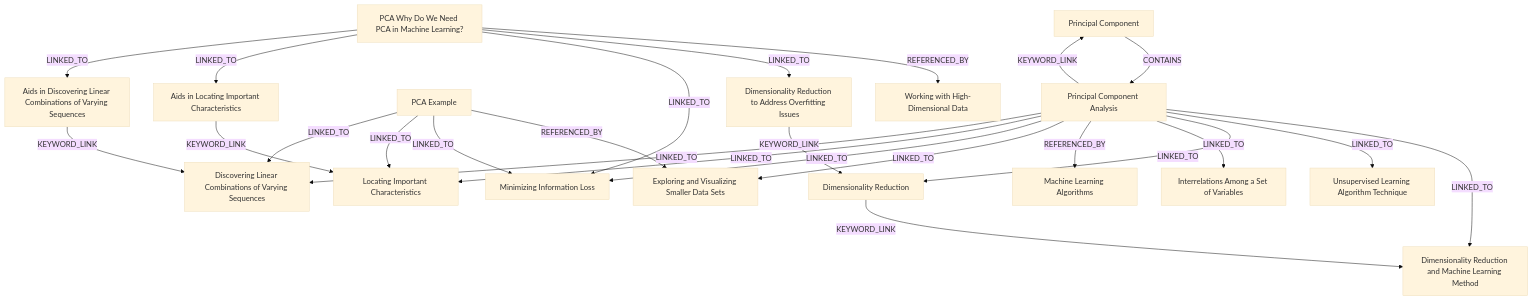
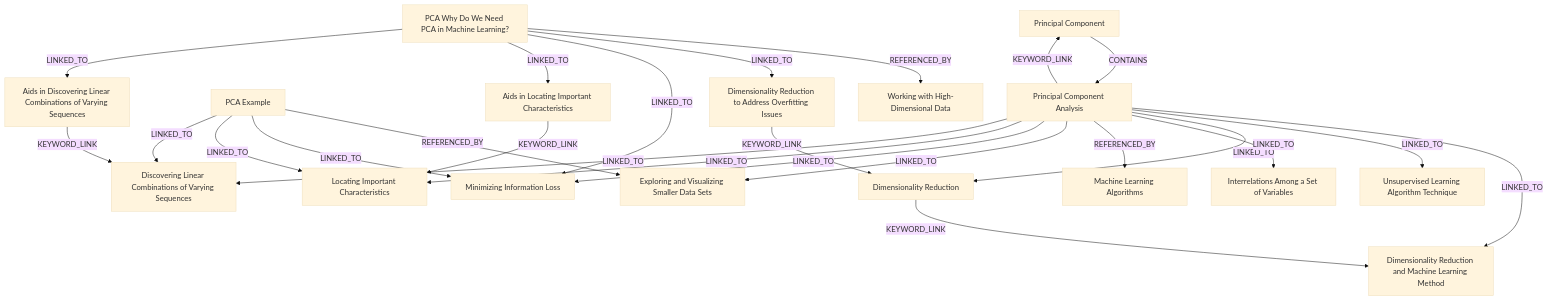
The diagram in AI_OS/Ontology/Ontology_Dimensionality_Reduction.md (ankit-sengupta05/cyborg), drawn with Mermaid (base theme) before and after one commit. The commit also changed other lines of this file and 13 other files, not shown here.

````diff
--- a/AI_OS/Ontology/Ontology_Dimensionality_Reduction.md
+++ b/AI_OS/Ontology/Ontology_Dimensionality_Reduction.md
@@ -26,44 +26,44 @@
 ```mermaid
 graph TD
-    n0["Dimensionality Reduction and Machine Learning Method"]
-    n1["Machine Learning Algorithms"]
-    n2["Interrelations Among a Set of Variables"]
-    n3["Exploring and Visualizing Smaller Data Sets"]
-    n4["Dimensionality Reduction"]
-    n5["Aids in Locating Important Characteristics"]
-    n6["Unsupervised Learning Algorithm Technique"]
-    n7["Working with High-Dimensional Data"]
-    n8["PCA Example"]
-    n9["PCA Why Do We Need PCA in Machine Learning?"]
-    n10["Minimizing Information Loss"]
-    n11["Principal Component"]
-    n12["Locating Important Characteristics"]
-    n13["Discovering Linear Combinations of Varying Sequences"]
-    n14["Dimensionality Reduction to Address Overfitting Issues"]
-    n15["Principal Component Analysis"]
-    n16["Aids in Discovering Linear Combinations of Varying Sequences"]
-    n15 -->|KEYWORD_LINK| n11
-    n11 -->|CONTAINS| n15
-    n15 -->|LINKED_TO| n0
-    n15 -->|LINKED_TO| n6
-    n4 -->|KEYWORD_LINK| n0
-    n15 -->|LINKED_TO| n4
-    n15 -->|LINKED_TO| n2
-    n15 -->|REFERENCED_BY| n1
-    n15 -->|LINKED_TO| n3
-    n15 -->|LINKED_TO| n10
-    n15 -->|LINKED_TO| n12
-    n15 -->|LINKED_TO| n13
-    n8 -->|REFERENCED_BY| n3
-    n8 -->|LINKED_TO| n10
-    n8 -->|LINKED_TO| n12
-    n8 -->|LINKED_TO| n13
-    n9 -->|REFERENCED_BY| n7
-    n14 -->|KEYWORD_LINK| n4
-    n9 -->|LINKED_TO| n14
-    n9 -->|LINKED_TO| n10
-    n5 -->|KEYWORD_LINK| n12
-    n9 -->|LINKED_TO| n5
-    n16 -->|KEYWORD_LINK| n13
-    n9 -->|LINKED_TO| n16
+    n0["Principal Component"]
+    n1["Dimensionality Reduction to Address Overfitting Issues"]
+    n2["Exploring and Visualizing Smaller Data Sets"]
+    n3["Unsupervised Learning Algorithm Technique"]
+    n4["PCA Example"]
+    n5["Discovering Linear Combinations of Varying Sequences"]
+    n6["Dimensionality Reduction and Machine Learning Method"]
+    n7["Machine Learning Algorithms"]
+    n8["Working with High-Dimensional Data"]
+    n9["Interrelations Among a Set of Variables"]
+    n10["Locating Important Characteristics"]
+    n11["Principal Component Analysis"]
+    n12["PCA Why Do We Need PCA in Machine Learning?"]
+    n13["Dimensionality Reduction"]
+    n14["Aids in Locating Important Characteristics"]
+    n15["Aids in Discovering Linear Combinations of Varying Sequences"]
+    n16["Minimizing Information Loss"]
+    n11 -->|KEYWORD_LINK| n0
+    n0 -->|CONTAINS| n11
+    n11 -->|LINKED_TO| n6
+    n11 -->|LINKED_TO| n3
+    n13 -->|KEYWORD_LINK| n6
+    n11 -->|LINKED_TO| n13
+    n11 -->|LINKED_TO| n9
+    n11 -->|REFERENCED_BY| n7
+    n11 -->|LINKED_TO| n2
+    n11 -->|LINKED_TO| n16
+    n11 -->|LINKED_TO| n10
+    n11 -->|LINKED_TO| n5
+    n4 -->|REFERENCED_BY| n2
+    n4 -->|LINKED_TO| n16
+    n4 -->|LINKED_TO| n10
+    n4 -->|LINKED_TO| n5
+    n12 -->|REFERENCED_BY| n8
+    n1 -->|KEYWORD_LINK| n13
+    n12 -->|LINKED_TO| n1
+    n12 -->|LINKED_TO| n16
+    n14 -->|KEYWORD_LINK| n10
+    n12 -->|LINKED_TO| n14
+    n15 -->|KEYWORD_LINK| n5
+    n12 -->|LINKED_TO| n15
 ```
````
